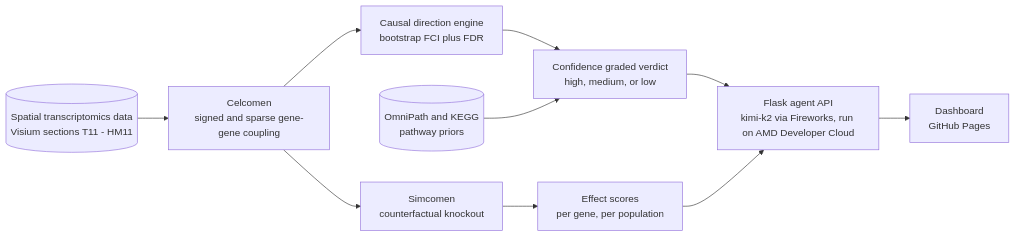
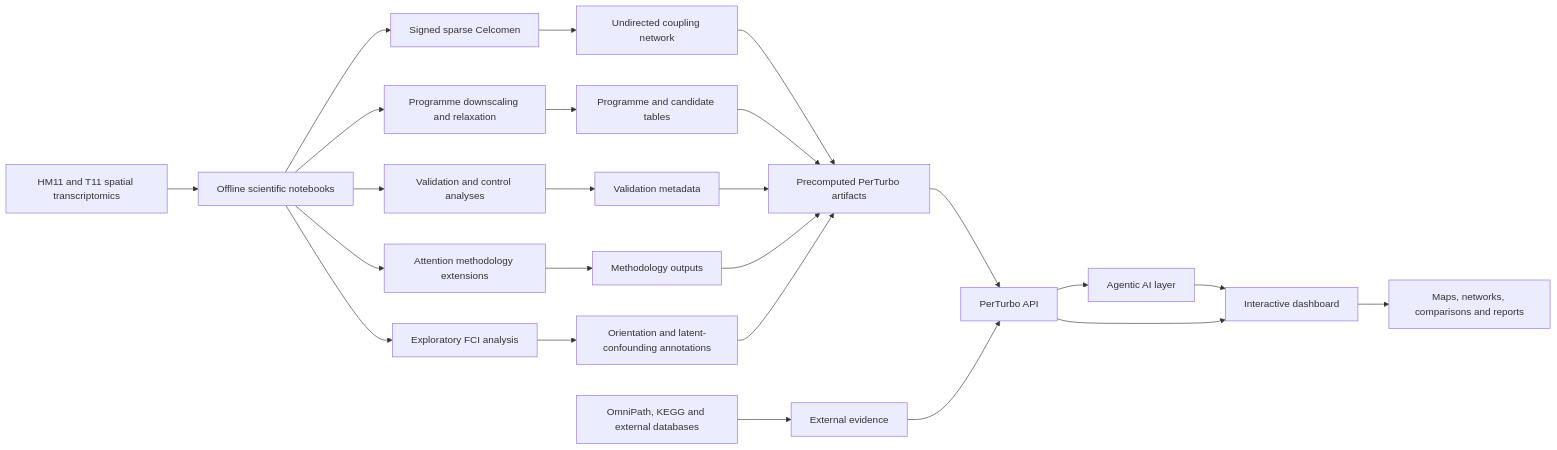
One commit to programmereua/MLCB2026_Assignment_Final- changed the diagram in README.md. Above: the diagram before and after it, drawn with Mermaid. The commit also changed other lines of this file, not shown here.

````diff
--- a/README.md
+++ b/README.md
@@ -34,12 +524,33 @@
 ```mermaid
 flowchart LR
-  D[("Spatial transcriptomics data<br/>Visium sections T11 - HM11")] --> C
-  C["Celcomen<br/>signed and sparse gene-gene coupling"] --> S
-  S["Simcomen<br/>counterfactual knockout"] --> E["Effect scores<br/>per gene, per population"]
-  C --> F
-  F["Causal direction engine<br/>bootstrap FCI plus FDR"] --> V
-  P[("OmniPath and KEGG<br/>pathway priors")] --> V
-  V["Confidence graded verdict<br/>high, medium, or low"] --> A
-  E --> A
-  A["Flask agent API<br/>kimi-k2 via Fireworks, run on AMD Developer Cloud"] --> UI["Dashboard<br/>GitHub Pages"]
+    A["HM11 and T11 spatial transcriptomics"] --> B["Offline scientific notebooks"]
+
+    B --> C["Signed sparse Celcomen"]
+    B --> D["Programme downscaling and relaxation"]
+    B --> E["Validation and control analyses"]
+    B --> F["Attention methodology extensions"]
+    B --> G["Exploratory FCI analysis"]
+
+    C --> H["Undirected coupling network"]
+    D --> I["Programme and candidate tables"]
+    E --> J["Validation metadata"]
+    F --> K["Methodology outputs"]
+    G --> L["Orientation and latent-confounding annotations"]
+
+    M["OmniPath, KEGG and external databases"] --> N["External evidence"]
+
+    H --> O["Precomputed PerTurbo artifacts"]
+    I --> O
+    J --> O
+    K --> O
+    L --> O
+
+    O --> P["PerTurbo API"]
+    N --> P
+
+    P --> Q["Agentic AI layer"]
+    Q --> R["Interactive dashboard"]
+    P --> R
+
+    R --> S["Maps, networks, comparisons and reports"]
 ```
````
